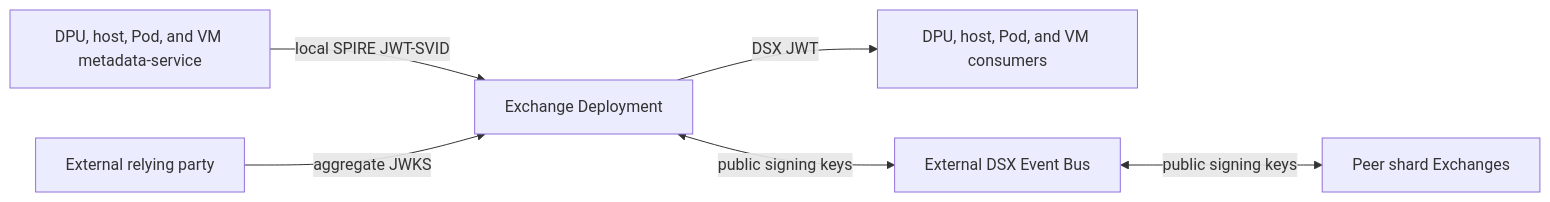
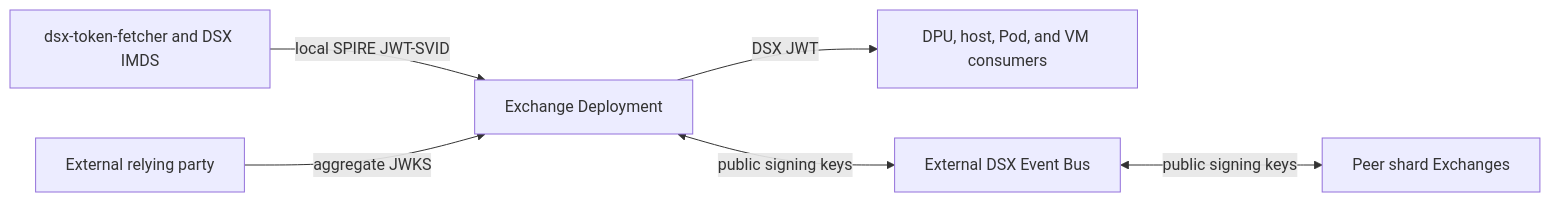
The third of 10 diagrams in README.md (dsx-ai-factory/nvidia-workload-identity), drawn with Mermaid before and after one commit. The commit also changed other lines of this file and 93 other files, not shown here.

````diff
--- a/README.md
+++ b/README.md
@@ -48,12 +257,12 @@
 ```mermaid
 flowchart LR
-  Local["DPU, host, Pod, and VM metadata-service"]
+  Local["dsx-token-fetcher and DSX IMDS"]
   Exchange["Exchange Deployment"]
   Consumers["DPU, host, Pod, and VM consumers"]
 
   Local -->|"local SPIRE JWT-SVID"| Exchange
   Exchange -->|"DSX JWT"| Consumers
   Exchange <-->|"public signing keys"| Bus["External DSX Event Bus"]
   Bus <-->|"public signing keys"| Peers["Peer shard Exchanges"]
   RelyingParty["External relying party"] -->|"aggregate JWKS"| Exchange
 ```
````
